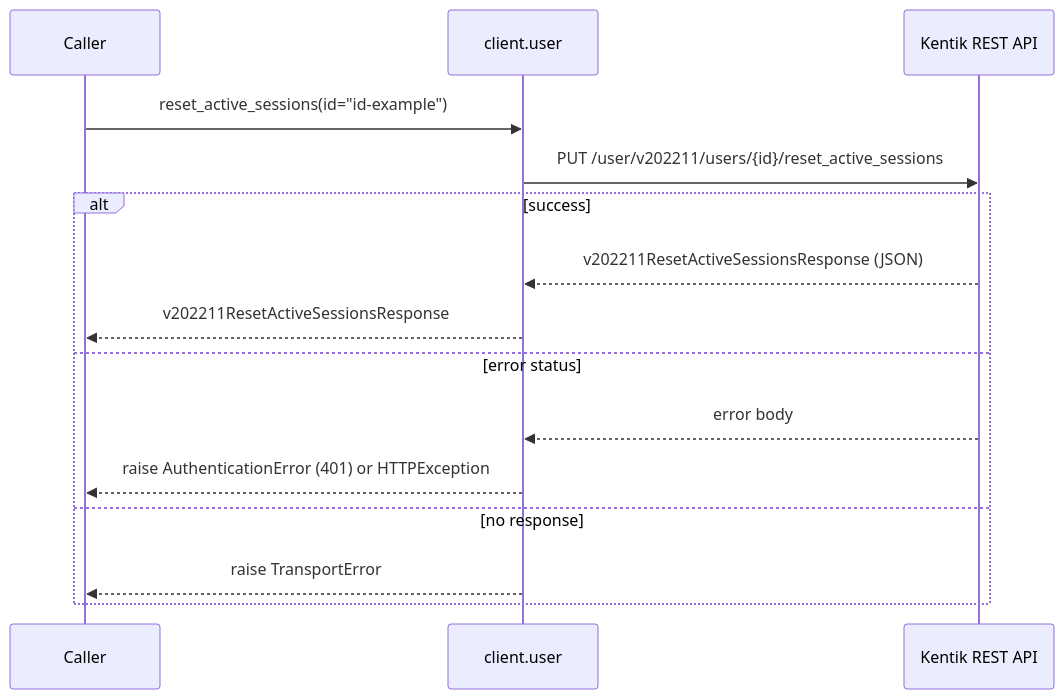
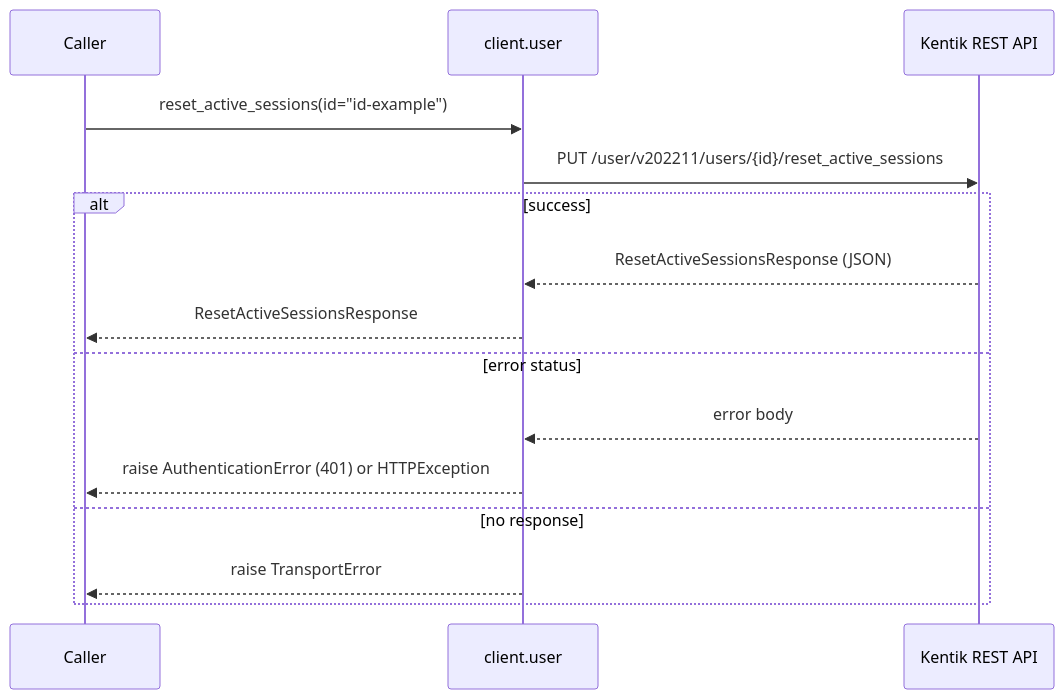
One commit to alexdearaujo/community_sdk_python changed diagram 12 of 16 in docs/sphinx/services/user.md. Above: the diagram before and after it, drawn with Mermaid. The commit also changed other lines of this file and 38 other files, not shown here.

````diff
--- a/docs/sphinx/services/user.md
+++ b/docs/sphinx/services/user.md
@@ -412,18 +412,18 @@
 ```mermaid
 sequenceDiagram
     participant C as Caller
     participant W as client.user
     participant API as Kentik REST API
 
     C->>W: reset_active_sessions(id="id-example")
     W->>API: PUT /user/v202211/users/{id}/reset_active_sessions
     alt success
-        API-->>W: v202211ResetActiveSessionsResponse (JSON)
-        W-->>C: v202211ResetActiveSessionsResponse
+        API-->>W: ResetActiveSessionsResponse (JSON)
+        W-->>C: ResetActiveSessionsResponse
     else error status
         API-->>W: error body
         W-->>C: raise AuthenticationError (401) or HTTPException
     else no response
         W-->>C: raise TransportError
     end
 ```
````
